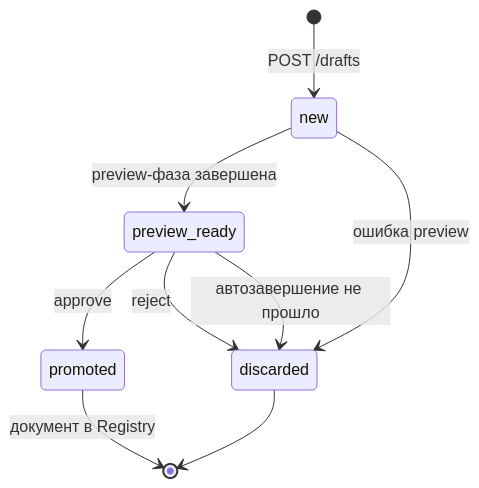
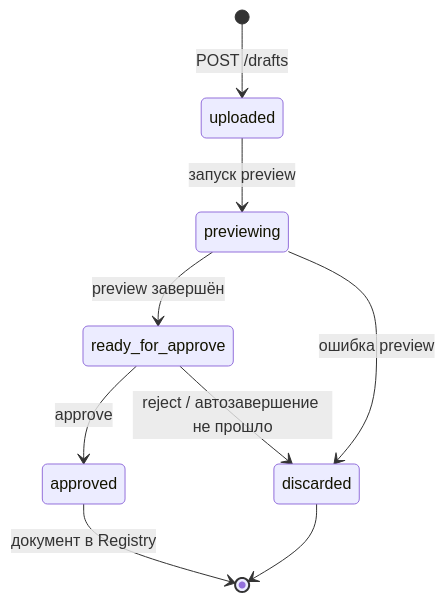
One commit to MasterKSAF/PKB changed the third of 4 diagrams in docs/pipelines/pipeline1-formation.md. Above: the diagram before and after it, drawn with Mermaid. The commit also changed other lines of this file and 14 other files, not shown here.

````diff
--- a/docs/pipelines/pipeline1-formation.md
+++ b/docs/pipelines/pipeline1-formation.md
@@ -325,13 +302,11 @@
 ```mermaid
 stateDiagram-v2
-    [*] --> new : POST /drafts
-    new --> preview_ready : preview-фаза завершена
-    new --> discarded : ошибка preview
-
-    preview_ready --> promoted : approve
-    preview_ready --> discarded : reject
-    preview_ready --> discarded : автозавершение не прошло
-
-    promoted --> [*] : документ в Registry
+    [*] --> uploaded : POST /drafts
+    uploaded --> previewing : запуск preview
+    previewing --> ready_for_approve : preview завершён
+    previewing --> discarded : ошибка preview
+    ready_for_approve --> approved : approve
+    ready_for_approve --> discarded : reject / автозавершение не прошло
+    approved --> [*] : документ в Registry
     discarded --> [*]
 ```
````
